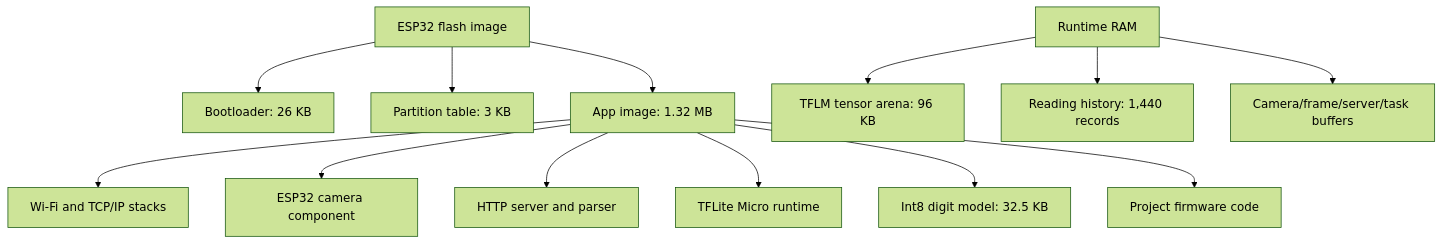
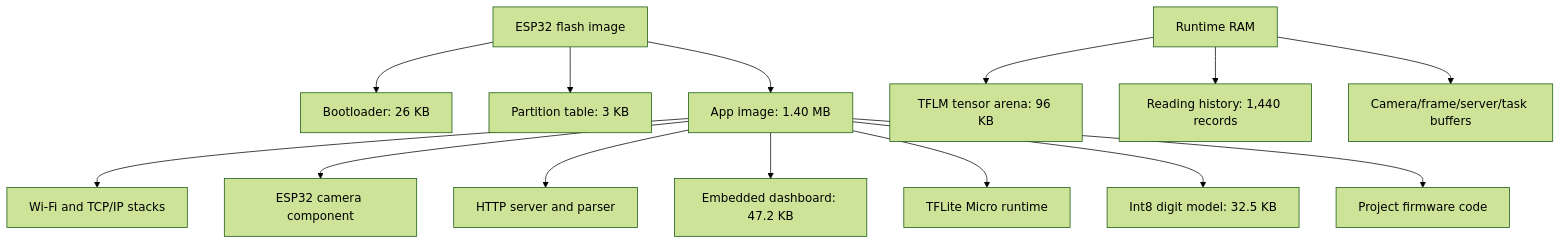
Before and after one commit to marcelpetrick/esp32-fever-dream: the second of 2 diagrams in documents/firmware_breakdown.md, drawn with Mermaid (forest theme). The commit also changed other lines of this file and 7 other files, not shown here.

First line of the commit message:
feat(web): serve dashboard from device

````diff
--- a/documents/firmware_breakdown.md
+++ b/documents/firmware_breakdown.md
@@ -87,17 +102,18 @@
 ```mermaid
 flowchart TD
     Flash[ESP32 flash image] --> Boot[Bootloader: 26 KB]
     Flash --> Part[Partition table: 3 KB]
-    Flash --> App[App image: 1.32 MB]
+    Flash --> App[App image: 1.40 MB]
 
     App --> Wifi[Wi-Fi and TCP/IP stacks]
     App --> Camera[ESP32 camera component]
     App --> Http[HTTP server and parser]
+    App --> Web[Embedded dashboard: 47.2 KB]
     App --> Tflm[TFLite Micro runtime]
     App --> Model[Int8 digit model: 32.5 KB]
     App --> AppCode[Project firmware code]
 
     RAM[Runtime RAM] --> Arena[TFLM tensor arena: 96 KB]
     RAM --> History[Reading history: 1,440 records]
     RAM --> Buffers[Camera/frame/server/task buffers]
 ```
````
